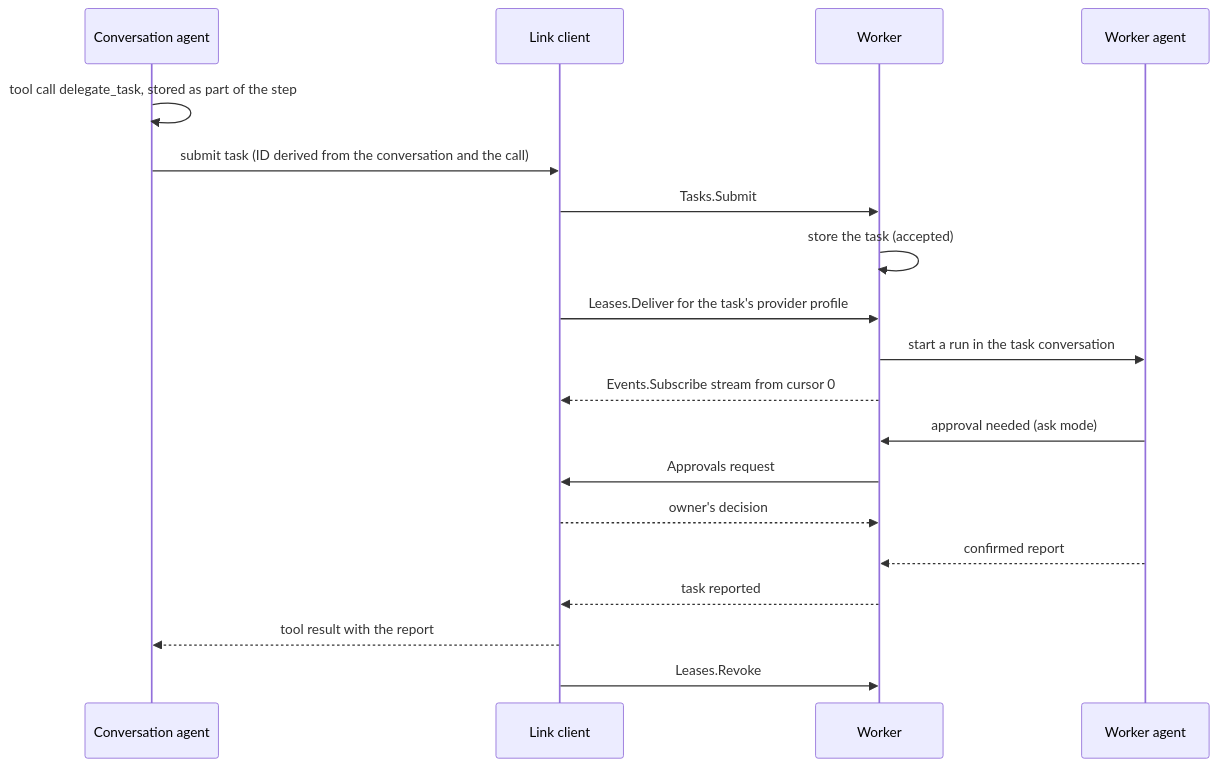
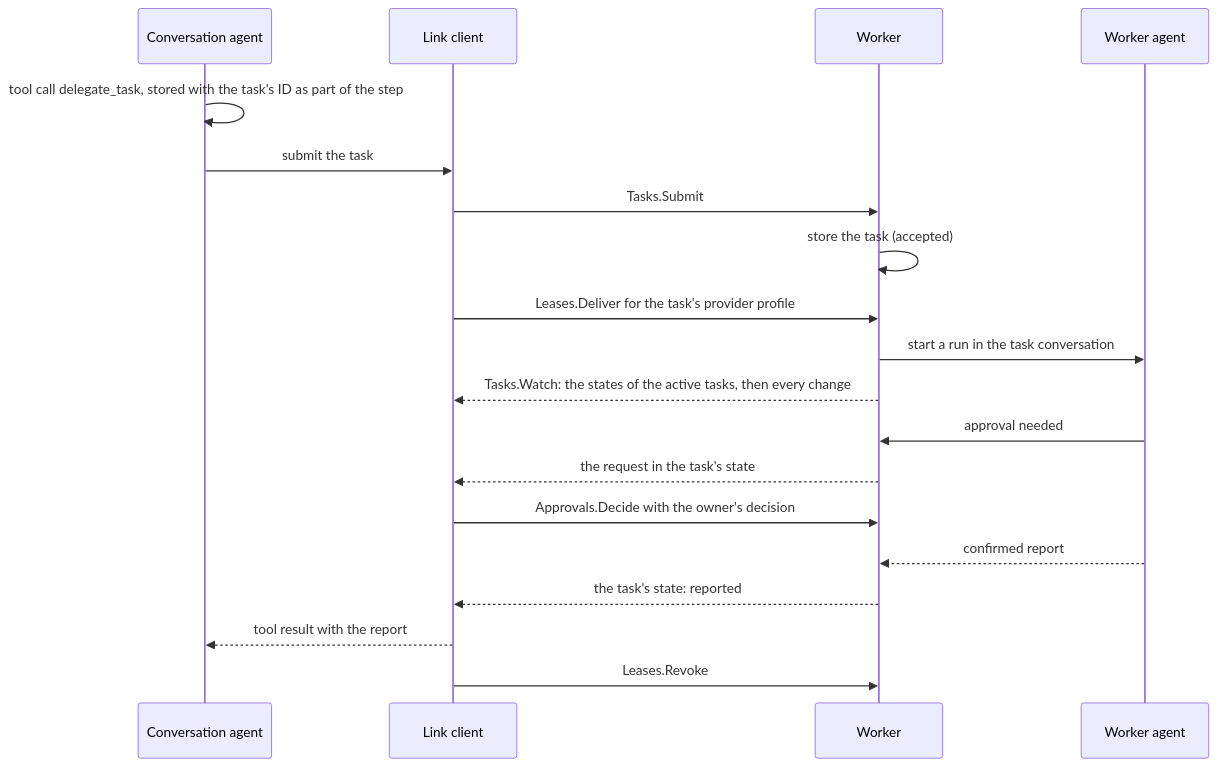
One commit to limbon2/mannie changed the second of 3 diagrams in docs/architecture/orchestration.md. Above: the diagram before and after it, drawn with Mermaid. The commit also changed other lines of this file and 306 other files, not shown here.

````diff
--- a/docs/architecture/orchestration.md
+++ b/docs/architecture/orchestration.md
@@ -78,21 +78,21 @@
 ```mermaid
 sequenceDiagram
   participant CA as Conversation agent
   participant L as Link client
   participant W as Worker
   participant WA as Worker agent
-  CA->>CA: tool call delegate_task, stored as part of the step
-  CA->>L: submit task (ID derived from the conversation and the call)
+  CA->>CA: tool call delegate_task, stored with the task's ID as part of the step
+  CA->>L: submit the task
   L->>W: Tasks.Submit
   W->>W: store the task (accepted)
   L->>W: Leases.Deliver for the task's provider profile
   W->>WA: start a run in the task conversation
-  W-->>L: Events.Subscribe stream from cursor 0
-  WA->>W: approval needed (ask mode)
-  W->>L: Approvals request
-  L-->>W: owner's decision
+  W-->>L: Tasks.Watch: the states of the active tasks, then every change
+  WA->>W: approval needed
+  W-->>L: the request in the task's state
+  L->>W: Approvals.Decide with the owner's decision
   WA-->>W: confirmed report
-  W-->>L: task reported
+  W-->>L: the task's state: reported
   L-->>CA: tool result with the report
   L->>W: Leases.Revoke
 ```
````
